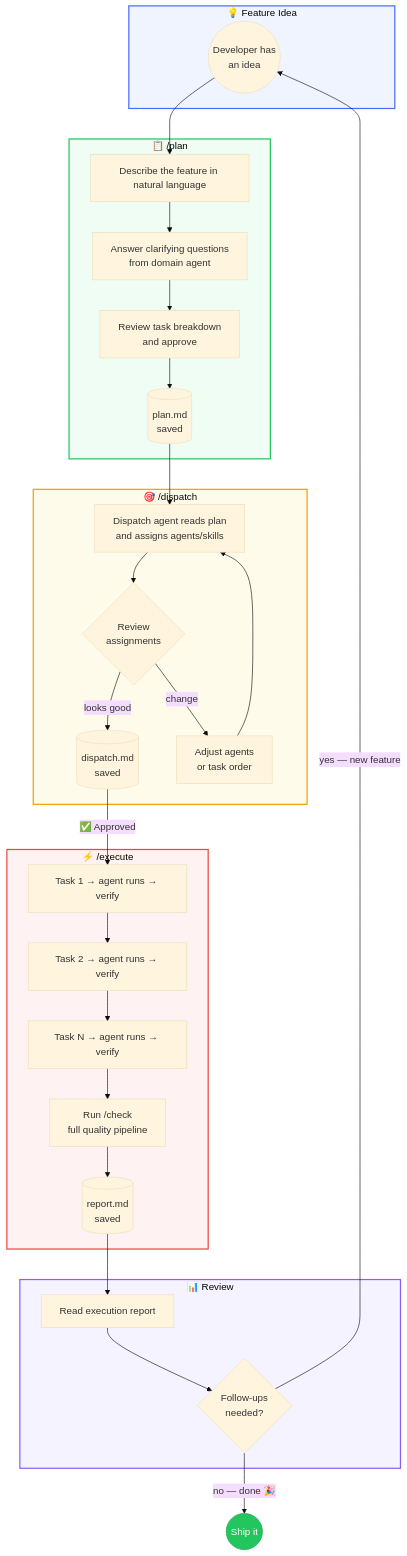
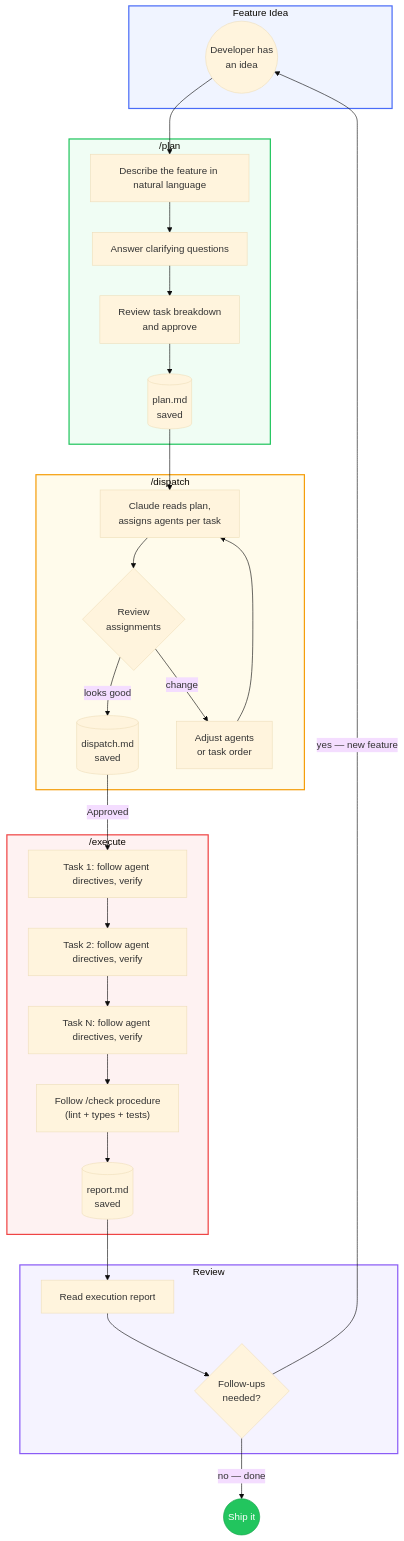
One commit to nikita-voloshyn/forgeline changed the second of 5 diagrams in docs/specs/2026-03-23-orchestration-design.md. Above: the diagram before and after it, drawn with Mermaid (base theme). The commit also changed other lines of this file and 20 other files, not shown here.

First line of the commit message:
feat: task orchestration pipeline + development approach layer (v0.3.0-beta)

````diff
--- a/docs/specs/2026-03-23-orchestration-design.md
+++ b/docs/specs/2026-03-23-orchestration-design.md
@@ -662,53 +615,53 @@
 ```mermaid
 flowchart TD
-    subgraph IDEA ["💡 Feature Idea"]
+    subgraph IDEA ["Feature Idea"]
         Start(("Developer has\nan idea"))
     end
 
-    subgraph PLAN ["📋 /plan"]
+    subgraph PLAN ["/plan"]
         P1["Describe the feature in natural language"]
-        P2["Answer clarifying questions\nfrom domain agent"]
+        P2["Answer clarifying questions"]
         P3["Review task breakdown\nand approve"]
         P4[("plan.md\nsaved")]
         P1 --> P2 --> P3 --> P4
     end
 
-    subgraph DISPATCH ["🎯 /dispatch"]
-        D1["Dispatch agent reads plan\nand assigns agents/skills"]
+    subgraph DISPATCH ["/dispatch"]
+        D1["Claude reads plan,\nassigns agents per task"]
         D2{"Review\nassignments"}
         D3["Adjust agents\nor task order"]
         D4[("dispatch.md\nsaved")]
         D1 --> D2
         D2 -->|"looks good"| D4
         D2 -->|"change"| D3 --> D1
     end
 
-    subgraph EXECUTE ["⚡ /execute"]
-        E1["Task 1 → agent runs → verify"]
-        E2["Task 2 → agent runs → verify"]
-        E3["Task N → agent runs → verify"]
-        E4["Run /check\nfull quality pipeline"]
+    subgraph EXECUTE ["/execute"]
+        E1["Task 1: follow agent directives, verify"]
+        E2["Task 2: follow agent directives, verify"]
+        E3["Task N: follow agent directives, verify"]
+        E4["Follow /check procedure\n(lint + types + tests)"]
         E5[("report.md\nsaved")]
         E1 --> E2 --> E3 --> E4 --> E5
     end
 
-    subgraph REVIEW ["📊 Review"]
+    subgraph REVIEW ["Review"]
         R1["Read execution report"]
         R2{"Follow-ups\nneeded?"}
         R1 --> R2
     end
 
     Start --> P1
     P4 --> D1
-    D4 -->|"✅ Approved"| E1
+    D4 -->|"Approved"| E1
     E5 --> R1
     R2 -->|"yes — new feature"| Start
-    R2 -->|"no — done 🎉"| Done(("Ship it"))
+    R2 -->|"no — done"| Done(("Ship it"))
 
     style IDEA fill:#f0f4ff,stroke:#4a6cf7,stroke-width:2px
     style PLAN fill:#f0fdf4,stroke:#22c55e,stroke-width:2px
     style DISPATCH fill:#fffbeb,stroke:#f59e0b,stroke-width:2px
     style EXECUTE fill:#fef2f2,stroke:#ef4444,stroke-width:2px
     style REVIEW fill:#f5f3ff,stroke:#8b5cf6,stroke-width:2px
     style Done fill:#22c55e,color:#fff,stroke:#16a34a
 ```
````
